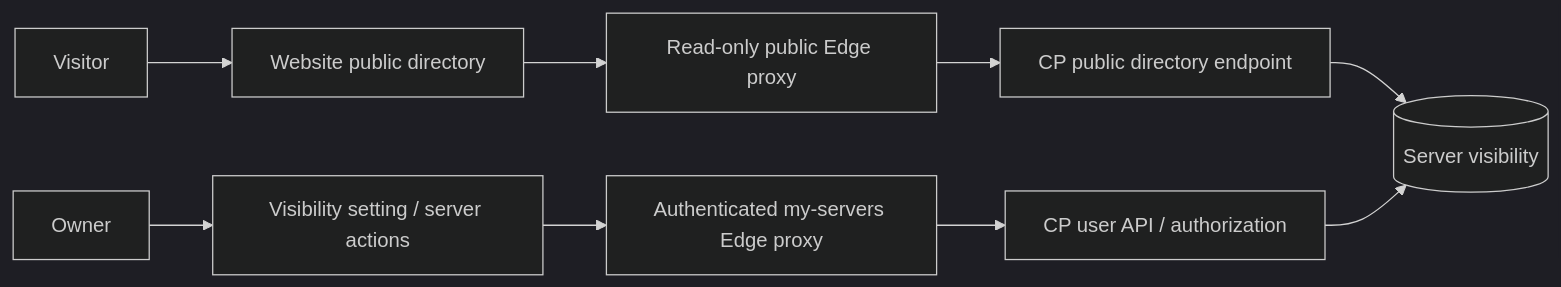
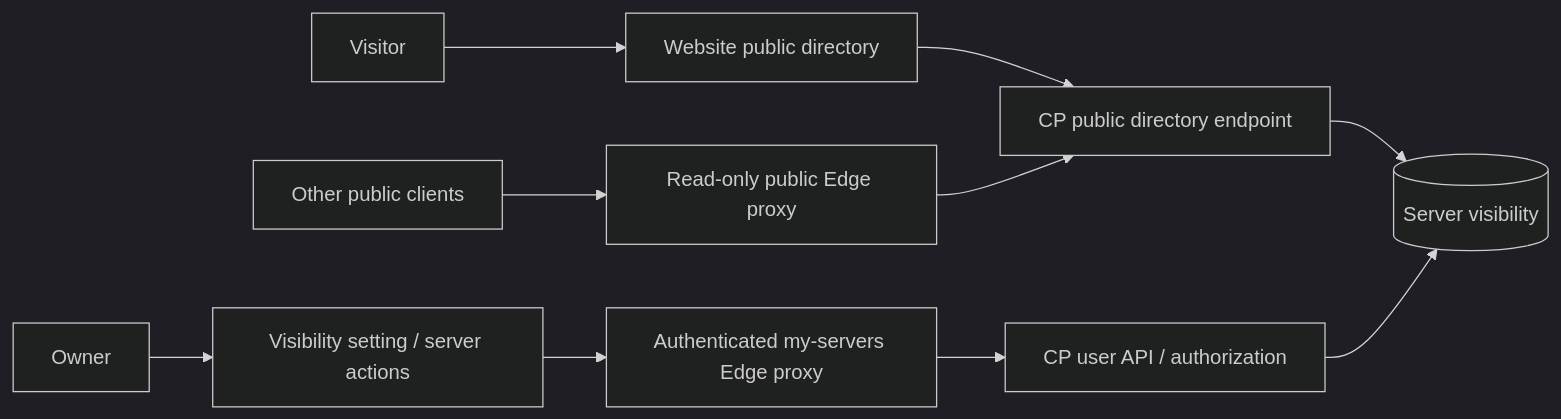
One commit to Bannerlord-Coop-Team/BannerlordCoop-website changed the second of 2 diagrams in docs/server-visibility.md. Above: the diagram before and after it, drawn with Mermaid (dark theme). The commit also changed other lines of this file and 2 other files, not shown here.

Commit message:
Read public directory directly from its anonymous control-plane endpoint

````diff
--- a/docs/server-visibility.md
+++ b/docs/server-visibility.md
@@ -58,11 +65,12 @@
 ```mermaid
 flowchart LR
     Visitor --> Website[Website public directory]
-    Website --> PublicEdge[Read-only public Edge proxy]
+    Website --> PublicCP[CP public directory endpoint]
+    PublicClient[Other public clients] --> PublicEdge[Read-only public Edge proxy]
     PublicEdge --> PublicCP[CP public directory endpoint]
     Owner --> Settings[Visibility setting / server actions]
     Settings --> PrivateEdge[Authenticated my-servers Edge proxy]
     PrivateEdge --> PrivateCP[CP user API / authorization]
     PublicCP --> DB[(Server visibility)]
     PrivateCP --> DB
 ```
````
